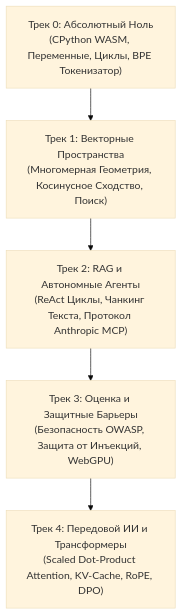
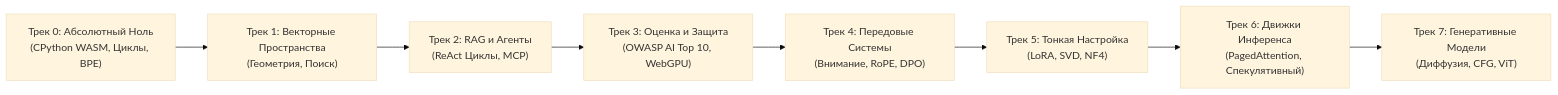
Before and after one commit to Adilrafiq001/OpenGuideForAI: the diagram in docs/translations/README_ru.md, drawn with Mermaid (base theme). The commit also changed other lines of this file and 45 other files, not shown here.

````diff
--- a/docs/translations/README_ru.md
+++ b/docs/translations/README_ru.md
@@ -98,10 +98,13 @@
 ```mermaid
-graph TD
-    T0["Трек 0: Абсолютный Ноль<br/>(CPython WASM, Переменные, Циклы, BPE Токенизатор)"]
-    T1["Трек 1: Векторные Пространства<br/>(Многомерная Геометрия, Косинусное Сходство, Поиск)"]
-    T2["Трек 2: RAG и Автономные Агенты<br/>(ReAct Циклы, Чанкинг Текста, Протокол Anthropic MCP)"]
-    T3["Трек 3: Оценка и Защитные Барьеры<br/>(Безопасность OWASP, Защита от Инъекций, WebGPU)"]
-    T4["Трек 4: Передовой ИИ и Трансформеры<br/>(Scaled Dot-Product Attention, KV-Cache, RoPE, DPO)"]
+graph LR
+    T0["Трек 0: Абсолютный Ноль<br/>(CPython WASM, Циклы, BPE)"]
+    T1["Трек 1: Векторные Пространства<br/>(Геометрия, Поиск)"]
+    T2["Трек 2: RAG и Агенты<br/>(ReAct Циклы, MCP)"]
+    T3["Трек 3: Оценка и Защита<br/>(OWASP AI Top 10, WebGPU)"]
+    T4["Трек 4: Передовые Системы<br/>(Внимание, RoPE, DPO)"]
+    T5["Трек 5: Тонкая Настройка<br/>(LoRA, SVD, NF4)"]
+    T6["Трек 6: Движки Инференса<br/>(PagedAttention, Спекулятивный)"]
+    T7["Трек 7: Генеративные Модели<br/>(Диффузия, CFG, ViT)"]
 
-    T0 --> T1 --> T2 --> T3 --> T4
+    T0 --> T1 --> T2 --> T3 --> T4 --> T5 --> T6 --> T7
 ```
````
